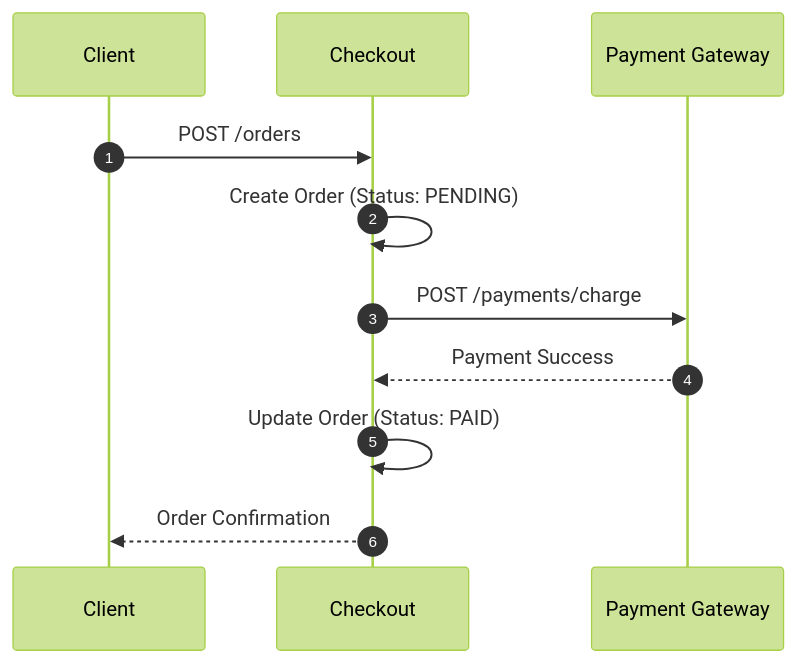
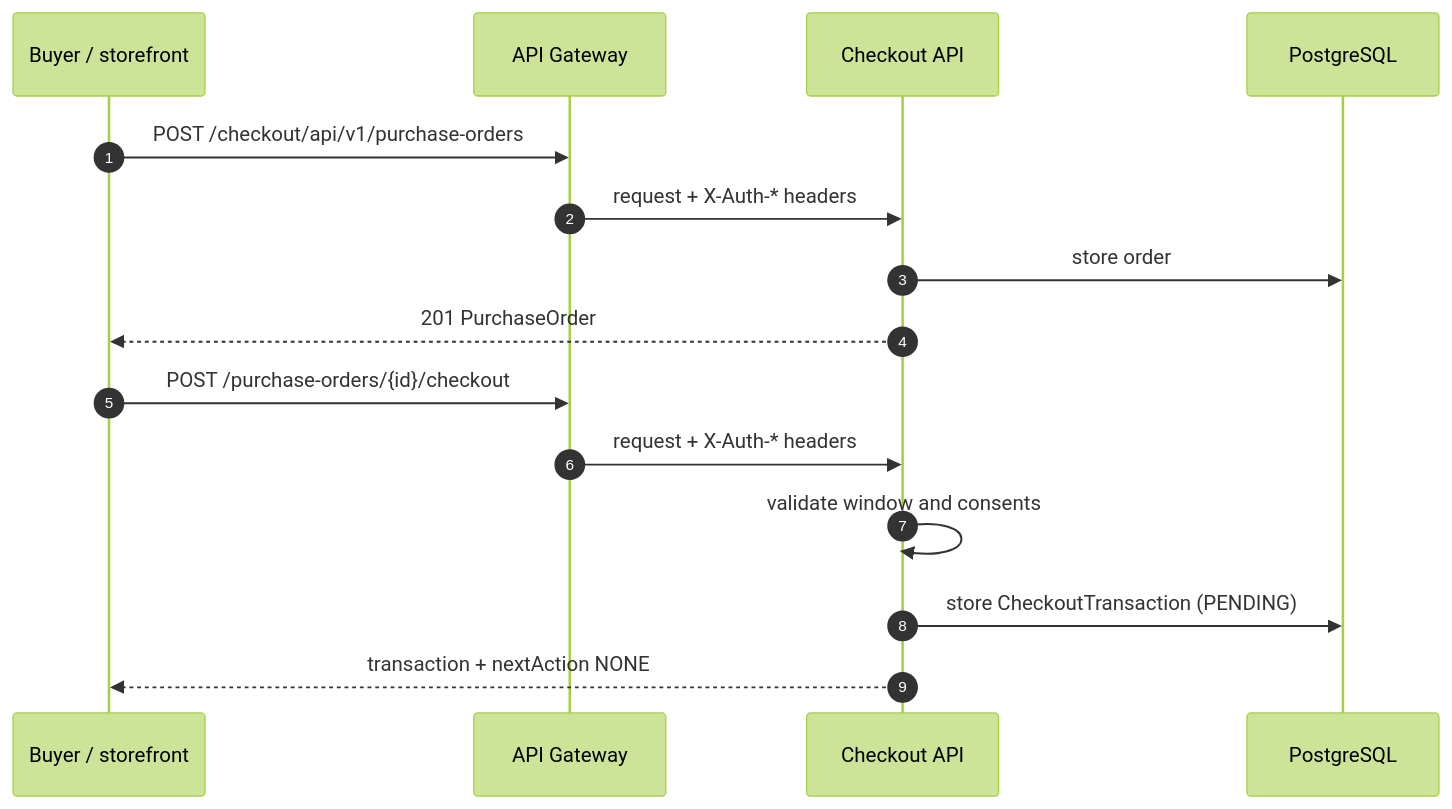
The diagram in modules/checkout/index.md (Labs64/labs64.io-docs), drawn with Mermaid (forest theme) before and after one commit. The commit also changed other lines of this file and 5 other files, not shown here.

````diff
--- a/modules/checkout/index.md
+++ b/modules/checkout/index.md
@@ -23,14 +29,18 @@
 ```mermaid
 sequenceDiagram
     autonumber
-    participant C as Client
-    participant CO as Checkout
-    participant PG as Payment Gateway
+    participant B as Buyer / storefront
+    participant GW as API Gateway
+    participant CO as Checkout API
+    participant DB as PostgreSQL
 
-    C->>CO: POST /orders
-    CO->>CO: Create Order (Status: PENDING)
-    CO->>PG: POST /payments/charge
-    PG-->>CO: Payment Success
-    CO->>CO: Update Order (Status: PAID)
-    CO-->>C: Order Confirmation
+    B->>GW: POST /checkout/api/v1/purchase-orders
+    GW->>CO: request + X-Auth-* headers
+    CO->>DB: store order
+    CO-->>B: 201 PurchaseOrder
+    B->>GW: POST /purchase-orders/{id}/checkout
+    GW->>CO: request + X-Auth-* headers
+    CO->>CO: validate window and consents
+    CO->>DB: store CheckoutTransaction (PENDING)
+    CO-->>B: transaction + nextAction NONE
 ```
````
